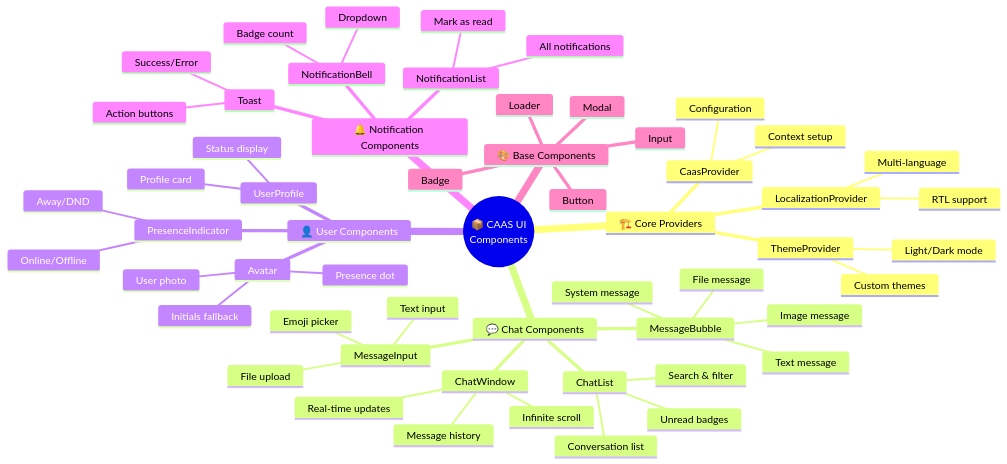
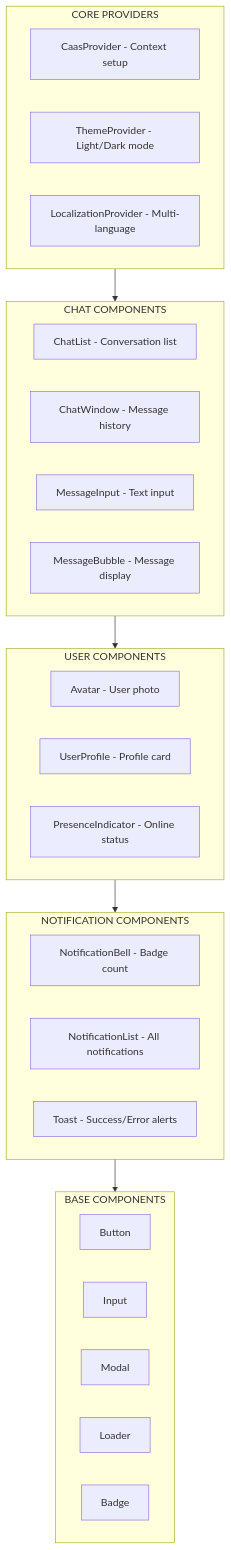
One commit to AtharvaBansod/CAAS changed diagram 30 of 40 in docs/COMPLETE_PLATFORM_VISUAL_GUIDE.md. Above: the diagram before and after it, drawn with Mermaid. The commit also changed other lines of this file, not shown here.

````diff
--- a/docs/COMPLETE_PLATFORM_VISUAL_GUIDE.md
+++ b/docs/COMPLETE_PLATFORM_VISUAL_GUIDE.md
@@ -1168,64 +1234,40 @@
 ```mermaid
-mindmap
-  root((📦 CAAS UI<br/>Components))
+flowchart TB
+    subgraph CoreProviders["CORE PROVIDERS"]
+        CP1["CaasProvider - Context setup"]
+        CP2["ThemeProvider - Light/Dark mode"]
+        CP3["LocalizationProvider - Multi-language"]
+    end
     
-    🏗️ Core Providers
-      CaasProvider
-        Context setup
-        Configuration
-      ThemeProvider
-        Light/Dark mode
-        Custom themes
-      LocalizationProvider
-        Multi-language
-        RTL support
+    subgraph ChatComponents["CHAT COMPONENTS"]
+        CC1["ChatList - Conversation list"]
+        CC2["ChatWindow - Message history"]
+        CC3["MessageInput - Text input"]
+        CC4["MessageBubble - Message display"]
+    end
     
-    💬 Chat Components
-      ChatList
-        Conversation list
-        Search & filter
-        Unread badges
-      ChatWindow
-        Message history
-        Infinite scroll
-        Real-time updates
-      MessageInput
-        Text input
-        File upload
-        Emoji picker
-      MessageBubble
-        Text message
-        Image message
-        File message
-        System message
+    subgraph UserComponents["USER COMPONENTS"]
+        UC1["Avatar - User photo"]
+        UC2["UserProfile - Profile card"]
+        UC3["PresenceIndicator - Online status"]
+    end
     
-    👤 User Components
-      Avatar
-        User photo
-        Presence dot
-        Initials fallback
-      UserProfile
-        Profile card
-        Status display
-      PresenceIndicator
-        Online/Offline
-        Away/DND
+    subgraph NotificationComponents["NOTIFICATION COMPONENTS"]
+        NC1["NotificationBell - Badge count"]
+        NC2["NotificationList - All notifications"]
+        NC3["Toast - Success/Error alerts"]
+    end
     
-    🔔 Notification Components
-      NotificationBell
-        Badge count
-        Dropdown
-      NotificationList
-        All notifications
-        Mark as read
-      Toast
-        Success/Error
-        Action buttons
+    subgraph BaseComponents["BASE COMPONENTS"]
+        BC1["Button"]
+        BC2["Input"]
+        BC3["Modal"]
+        BC4["Loader"]
+        BC5["Badge"]
+    end
     
-    🎨 Base Components
-      Button
-      Input
-      Modal
-      Loader
-      Badge
+    CoreProviders --> ChatComponents
+    ChatComponents --> UserComponents
+    UserComponents --> NotificationComponents
+    NotificationComponents --> BaseComponents
 ```
````
